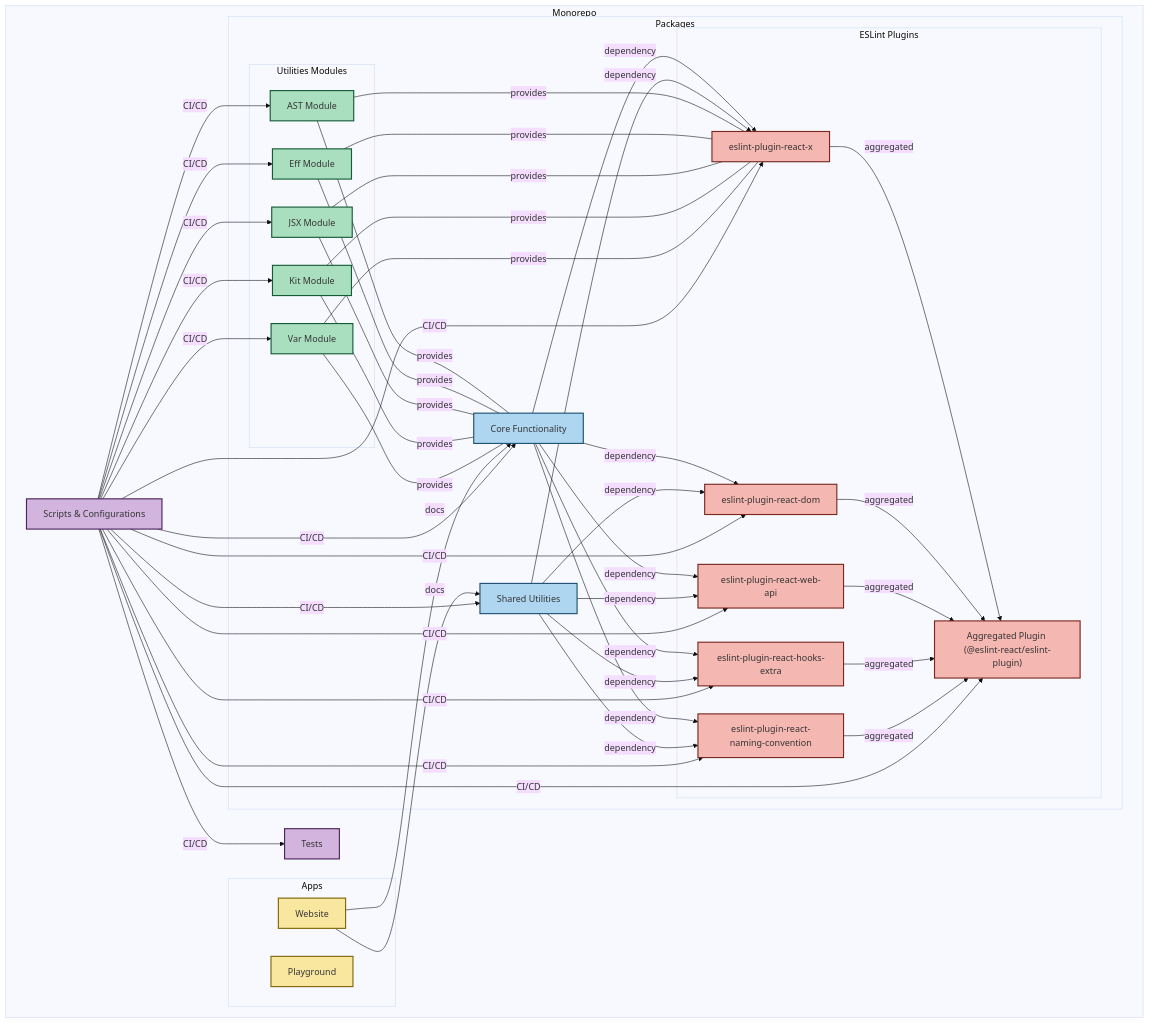
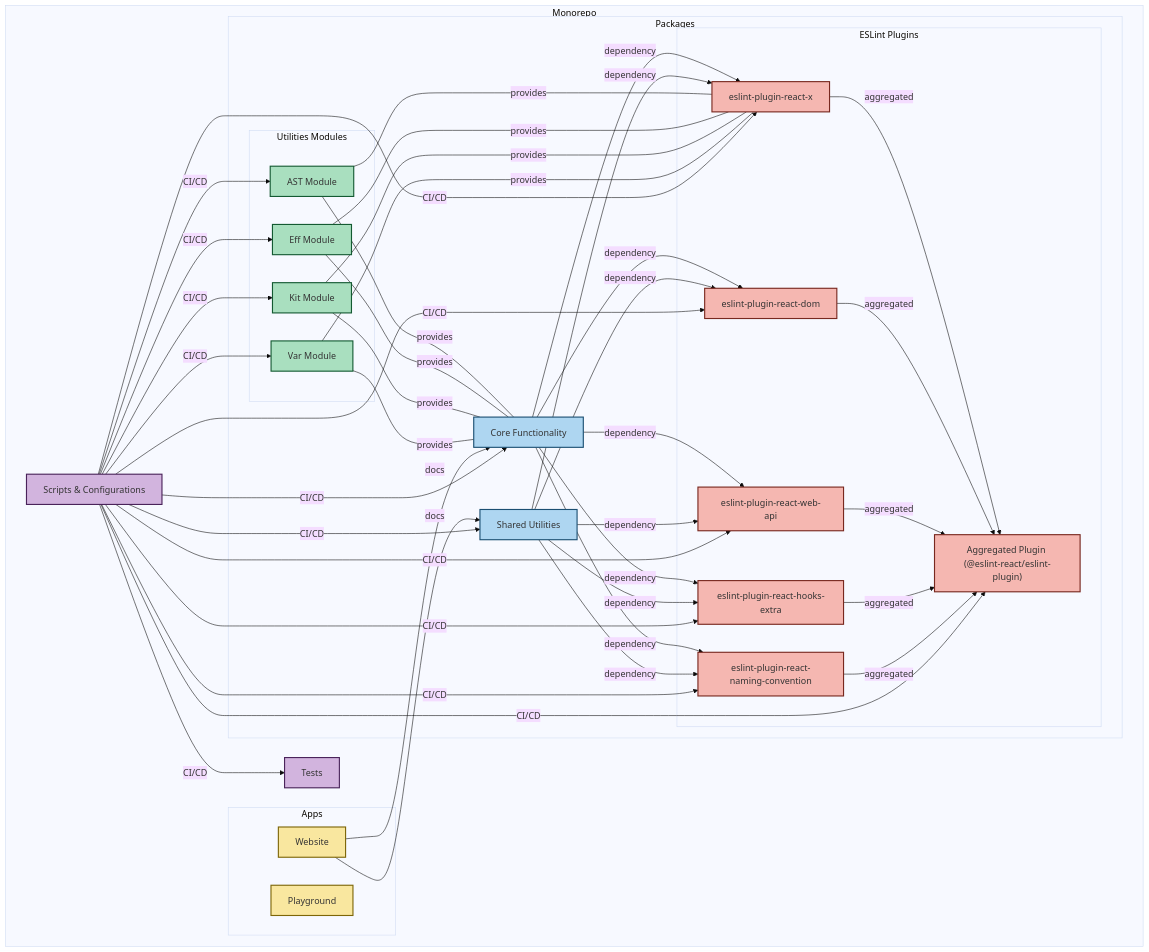
The diagram in apps/website/content/docs/contributing.mdx (Rel1cx/eslint-react), drawn with Mermaid (base theme) before and after one commit. The commit also changed other lines of this file and 92 other files, not shown here.

Commit message:
refactor: remove JSX package and move functionality to Core (#1060)

```diff
--- a/apps/website/content/docs/contributing.mdx
+++ b/apps/website/content/docs/contributing.mdx
@@ -29,7 +29,6 @@
             subgraph "Utilities Modules"
                 AST["AST Module"]:::utilities
                 Eff["Eff Module"]:::utilities
-                JSX["JSX Module"]:::utilities
                 Kit["Kit Module"]:::utilities
                 Var["Var Module"]:::utilities
             end
@@ -69,13 +68,11 @@
     %% Utilities used by Core and Plugins
     AST ---|"provides"| Core
     Eff ---|"provides"| Core
-    JSX ---|"provides"| Core
     Kit ---|"provides"| Core
     Var ---|"provides"| Core
 
     AST ---|"provides"| ReactX
     Eff ---|"provides"| ReactX
-    JSX ---|"provides"| ReactX
     Kit ---|"provides"| ReactX
     Var ---|"provides"| ReactX
 
@@ -95,7 +92,6 @@
     Scripts -->|"CI/CD"| Shared
     Scripts -->|"CI/CD"| AST
     Scripts -->|"CI/CD"| Eff
-    Scripts -->|"CI/CD"| JSX
     Scripts -->|"CI/CD"| Kit
     Scripts -->|"CI/CD"| Var
     Scripts -->|"CI/CD"| ReactX
@@ -113,7 +109,6 @@
     click Shared "https://github.com/rel1cx/eslint-react/tree/main/packages/shared"
     click AST "https://github.com/rel1cx/eslint-react/tree/main/packages/utilities/ast"
     click Eff "https://github.com/rel1cx/eslint-react/tree/main/packages/utilities/eff"
-    click JSX "https://github.com/rel1cx/eslint-react/tree/main/packages/utilities/jsx"
     click Kit "https://github.com/rel1cx/eslint-react/tree/main/packages/utilities/kit"
     click Var "https://github.com/rel1cx/eslint-react/tree/main/packages/utilities/var"
     click ReactX "https://github.com/rel1cx/eslint-react/tree/main/packages/plugins/eslint-plugin-react-x"
```
